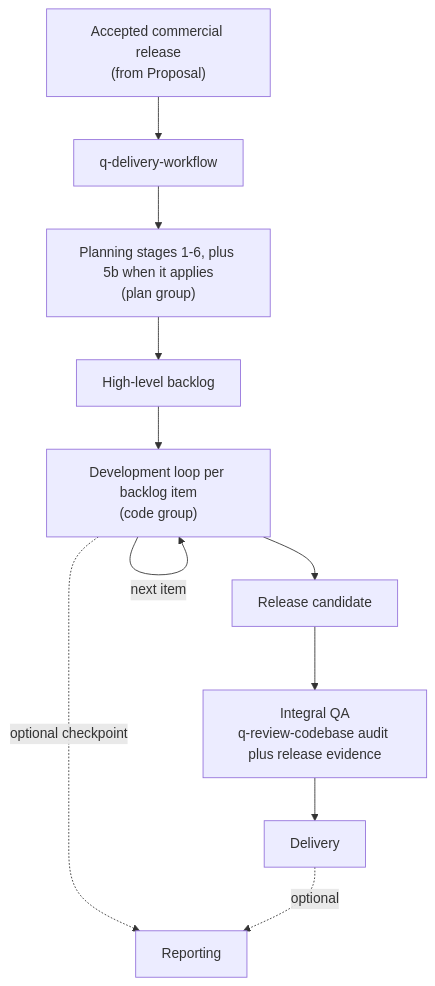
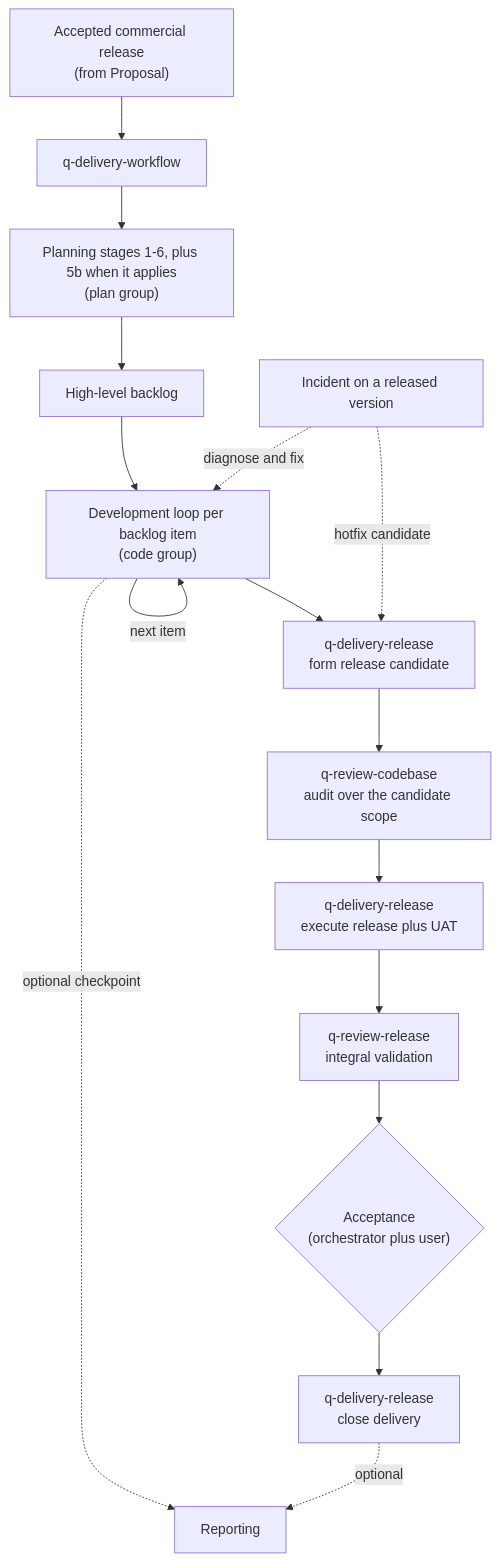
Before and after one commit to flaviogragnolati/ai-workflow: the diagram in skills/delivery/README.md, drawn with Mermaid. The commit also changed other lines of this file and 19 other files, not shown here.

Commit message:
Feat: close gap in delivery - release workflow

````diff
--- a/skills/delivery/README.md
+++ b/skills/delivery/README.md
@@ -9,13 +9,18 @@
 ```mermaid
 flowchart TB
     CR["Accepted commercial release<br/>(from Proposal)"] --> W["q-delivery-workflow"]
     W --> PL["Planning stages 1-6, plus 5b when it applies<br/>(plan group)"]
     PL --> B["High-level backlog"]
     B --> L["Development loop per backlog item<br/>(code group)"]
     L -->|"next item"| L
-    L --> RC["Release candidate"]
-    RC --> QA["Integral QA<br/>q-review-codebase audit plus release evidence"]
-    QA --> DEL["Delivery"]
+    L --> RC["q-delivery-release<br/>form release candidate"]
+    RC --> AU["q-review-codebase<br/>audit over the candidate scope"]
+    AU --> EX["q-delivery-release<br/>execute release plus UAT"]
+    EX --> QA["q-review-release<br/>integral validation"]
+    QA --> DEC{"Acceptance<br/>(orchestrator plus user)"}
+    DEC --> DEL["q-delivery-release<br/>close delivery"]
+    INC["Incident on a released version"] -. "diagnose and fix" .-> L
+    INC -. "hotfix candidate" .-> RC
     L -. "optional checkpoint" .-> R["Reporting"]
     DEL -. "optional" .-> R
 ```
````
